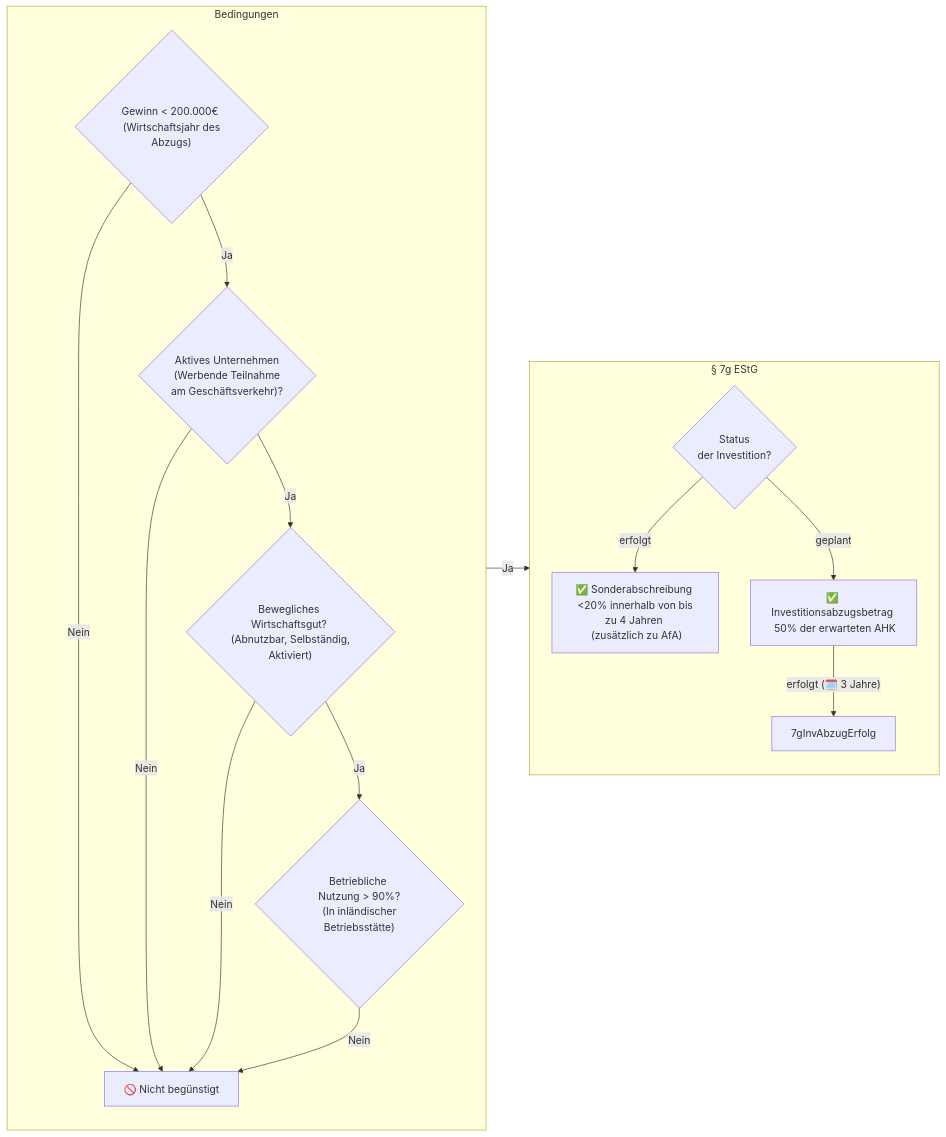
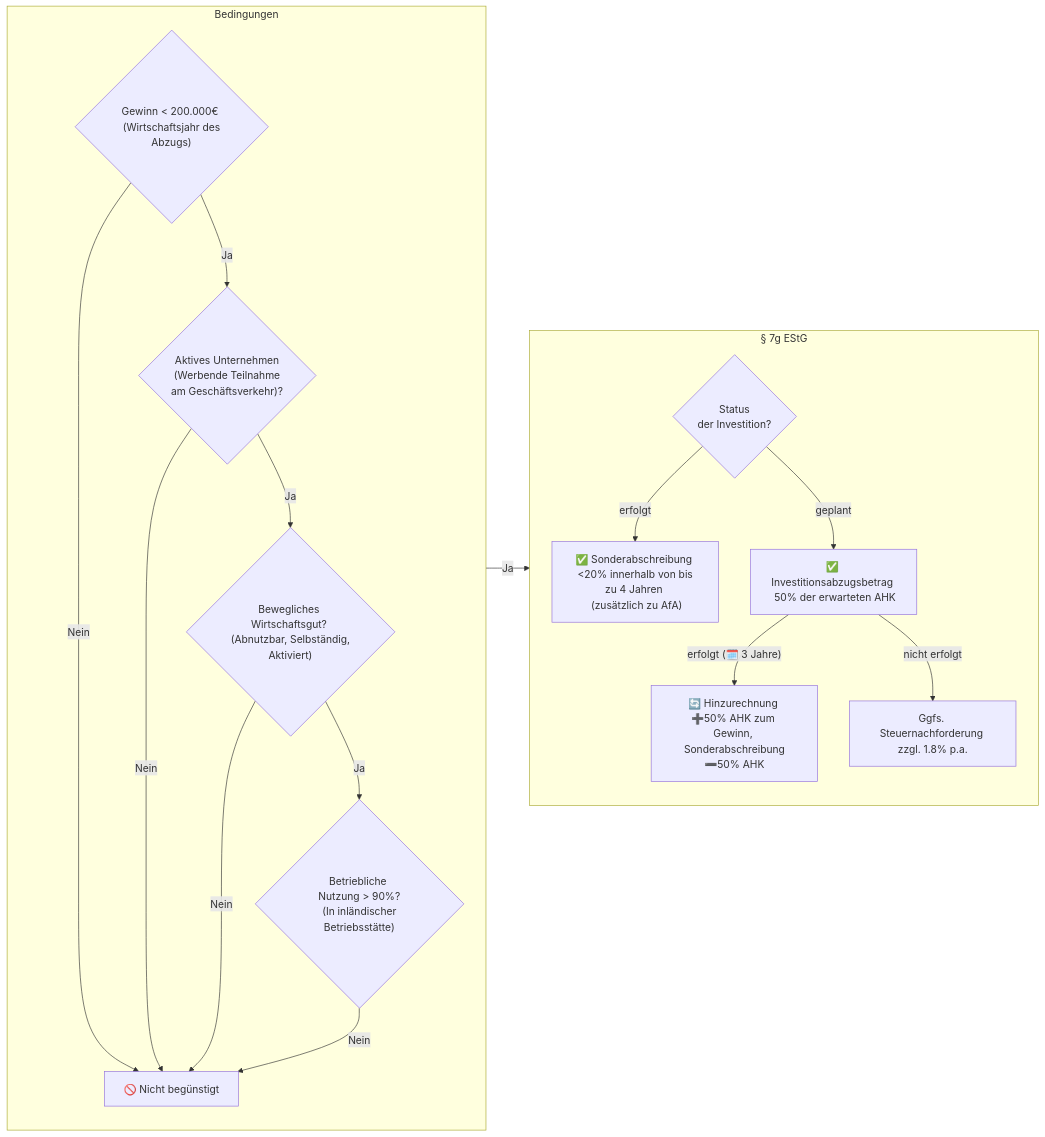
The seventh of 7 diagrams in README.md (maxheld83/steuerFlow), drawn with Mermaid before and after one commit.

Commit message:
fix edge syntax

````diff
--- a/README.md
+++ b/README.md
@@ -60,27 +60,30 @@
 ```mermaid
 graph LR;
   subgraph Bedingungen;
     direction TB;
     istKMU{"Gewinn < 200.000€ \n (Wirtschaftsjahr des Abzugs)"};
     istKMU -- Nein --> keineSA["🚫 Nicht begünstigt"];
     istKMU -- Ja --> istAktiv;
     istAktiv{"Aktives Unternehmen \n (Werbende Teilnahme \n am Geschäftsverkehr)?"};
     istAktiv -- Nein --> keineSA;
     istAktiv -- Ja --> istBeweg;
     istBeweg{"Bewegliches Wirtschaftsgut? \n (Abnutzbar, Selbständig, Aktiviert)"};
     istBeweg -- Nein --> keineSA;
     istBeweg -- Ja --> ist90;
     ist90{"Betriebliche \n Nutzung > 90%? \n (In inländischer Betriebsstätte)"};
     ist90 -- Nein --> keineSA;
   end;
   subgraph EStG7g ["§ 7g EStG"];
     direction TB;
     ist90 -- Ja --> statusInv;
     statusInv{"Status \n der Investition?"};
     statusInv -- erfolgt --> 7gSonder;
     7gSonder["✅ Sonderabschreibung \n <20% innerhalb von bis zu 4 Jahren \n (zusätzlich zu AfA)"];
     statusInv -- geplant --> 7gInvAbzug;
     7gInvAbzug["✅ Investitionsabzugsbetrag \n 50% der erwarteten AHK "];
-    7gInvAbzug -- erfolgt (🗓️ 3 Jahre) --> 7gInvAbzugErfolg;
+    7gInvAbzug -- "erfolgt (🗓️ 3 Jahre)" --> 7gInvAbzugErfolg;
+    7gInvAbzugErfolg["🔄 Hinzurechnung ➕50% AHK zum Gewinn, \n Sonderabschreibung ➖50% AHK"];
+    7gInvAbzugRueckz["Ggfs. Steuernachforderung zzgl. 1.8% p.a."];
+    7gInvAbzug -- nicht erfolgt --> 7gInvAbzugRueckz;
   end;
 ```
````
